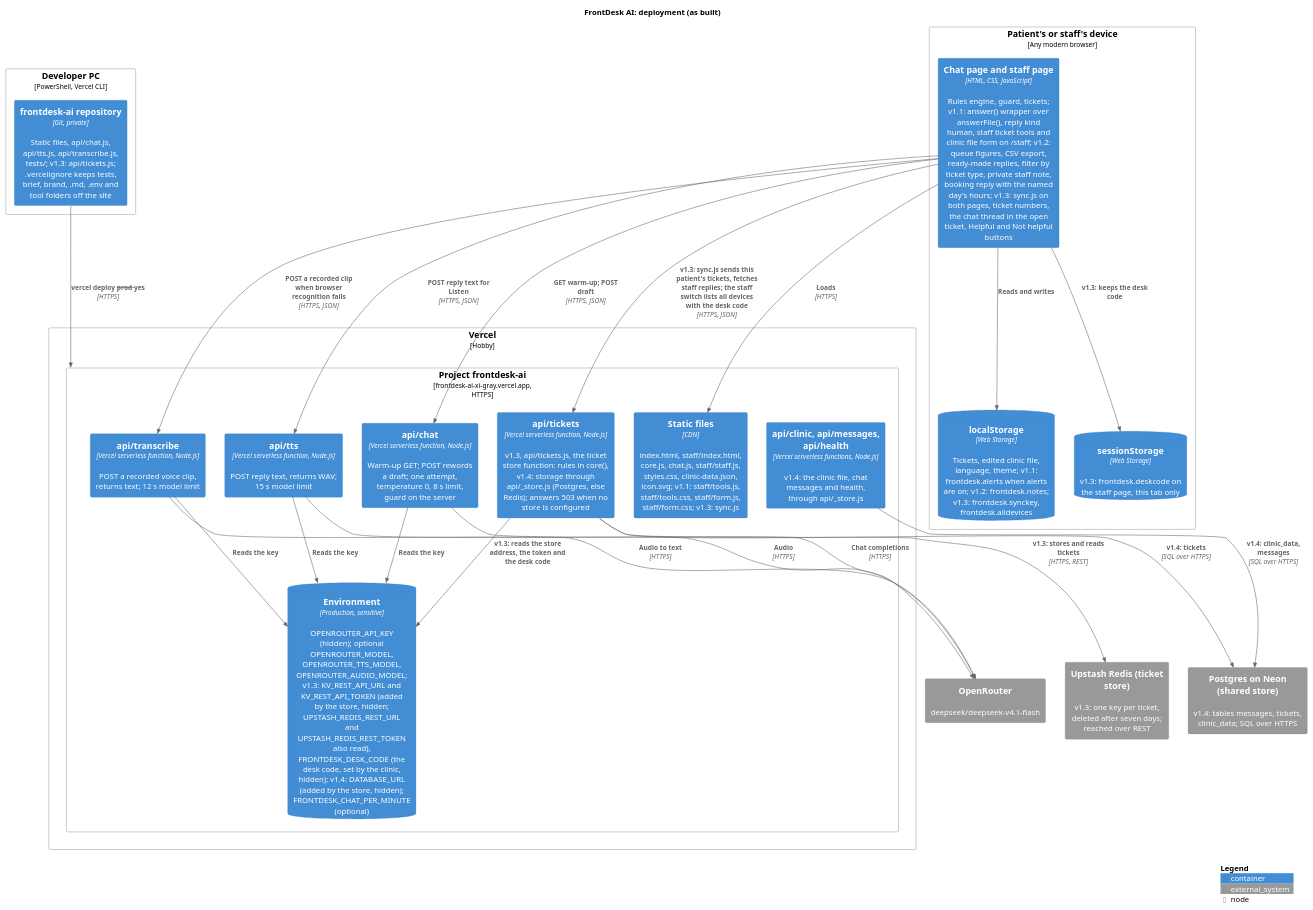
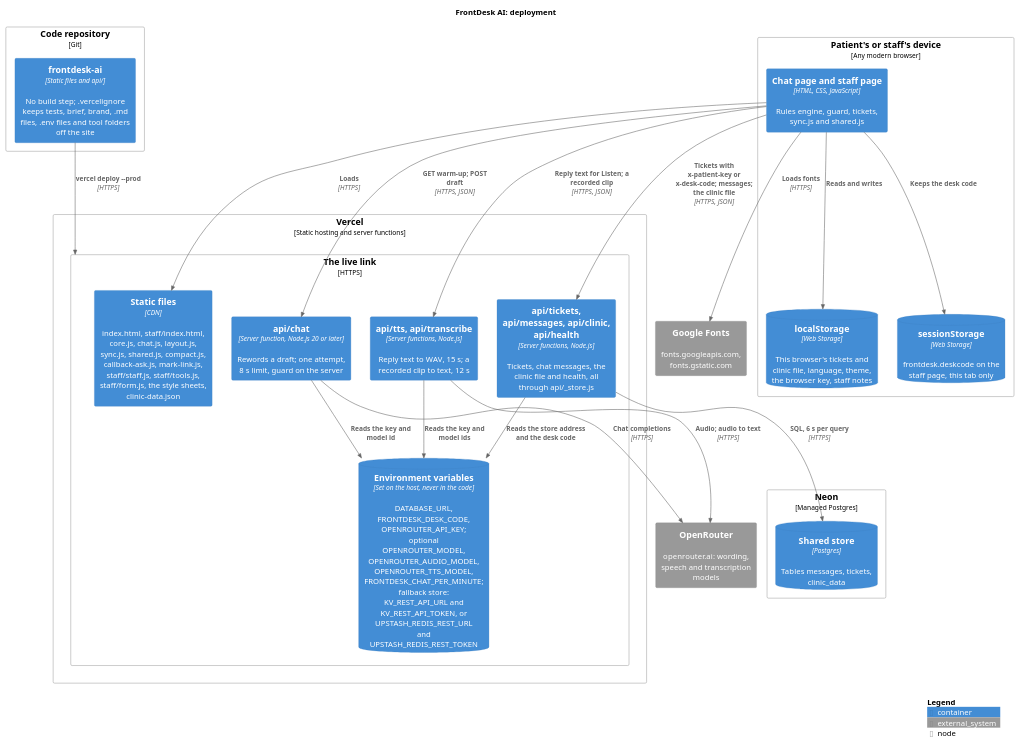
One commit to karwasanjay007/frontdesk-ai-docs changed the diagram in docs/diagrams/deployment.puml. Above: the diagram before and after it, drawn with PlantUML. The commit also changed 63 other files, not shown here.

First line of the commit message:
Documents rewritten as one text about version 1.7.2.0, read from the code

```diff
--- a/docs/diagrams/deployment.puml
+++ b/docs/diagrams/deployment.puml
@@ -1,51 +1,48 @@
 @startuml deployment
 !include <C4/C4_Deployment>
-title FrontDesk AI: deployment (as built)
+title FrontDesk AI: deployment
 
-Deployment_Node(dev, "Developer PC", "PowerShell, Vercel CLI") {
-  Container(src, "frontdesk-ai repository", "Git, private", "Static files, api/chat.js, api/tts.js, api/transcribe.js, tests/; v1.3: api/tickets.js; .vercelignore keeps tests, brief, brand, .md, .env and tool folders off the site")
+Deployment_Node(repo, "Code repository", "Git") {
+  Container(src, "frontdesk-ai", "Static files and api/", "No build step; .vercelignore keeps tests, brief, brand, .md files, .env files and tool folders off the site")
 }
 
-Deployment_Node(vercel, "Vercel", "Hobby") {
-  Deployment_Node(proj, "Project frontdesk-ai", "frontdesk-ai-xi-gray.vercel.app, HTTPS") {
-    Container(static, "Static files", "CDN", "index.html, staff/index.html, core.js, chat.js, staff/staff.js, styles.css, clinic-data.json, icon.svg; v1.1: staff/tools.js, staff/tools.css, staff/form.js, staff/form.css; v1.3: sync.js")
-    Container(fn, "api/chat", "Vercel serverless function, Node.js", "Warm-up GET; POST rewords a draft; one attempt, temperature 0, 8 s limit, guard on the server")
-    Container(tts, "api/tts", "Vercel serverless function, Node.js", "POST reply text, returns WAV; 15 s model limit")
-    Container(transcribe, "api/transcribe", "Vercel serverless function, Node.js", "POST a recorded voice clip, returns text; 12 s model limit")
-    Container(ticketsfn, "api/tickets", "Vercel serverless function, Node.js", "v1.3, api/tickets.js, the ticket store function: rules in core(), v1.4: storage through api/_store.js (Postgres, else Redis); answers 503 when no store is configured")
-    Container(clinicfn, "api/clinic, api/messages, api/health", "Vercel serverless functions, Node.js", "v1.4: the clinic file, chat messages and health, through api/_store.js")
-    ContainerDb(env, "Environment", "Production, sensitive", "OPENROUTER_API_KEY (hidden); optional OPENROUTER_MODEL, OPENROUTER_TTS_MODEL, OPENROUTER_AUDIO_MODEL; v1.3: KV_REST_API_URL and KV_REST_API_TOKEN (added by the store, hidden; UPSTASH_REDIS_REST_URL and UPSTASH_REDIS_REST_TOKEN also read), FRONTDESK_DESK_CODE (the desk code, set by the clinic, hidden); v1.4: DATABASE_URL (added by the store, hidden); FRONTDESK_CHAT_PER_MINUTE (optional)")
+Deployment_Node(vercel, "Vercel", "Static hosting and server functions") {
+  Deployment_Node(proj, "The live link", "HTTPS") {
+    Container(static, "Static files", "CDN", "index.html, staff/index.html, core.js, chat.js, layout.js, sync.js, shared.js, compact.js, callback-ask.js, mark-link.js, staff/staff.js, staff/tools.js, staff/form.js, the style sheets, clinic-data.json")
+    Container(chatfn, "api/chat", "Server function, Node.js 20 or later", "Rewords a draft; one attempt, 8 s limit, guard on the server")
+    Container(voicefn, "api/tts, api/transcribe", "Server functions, Node.js", "Reply text to WAV, 15 s; a recorded clip to text, 12 s")
+    Container(storefn, "api/tickets, api/messages, api/clinic, api/health", "Server functions, Node.js", "Tickets, chat messages, the clinic file and health, all through api/_store.js")
+    ContainerDb(env, "Environment variables", "Set on the host, never in the code", "DATABASE_URL, FRONTDESK_DESK_CODE, OPENROUTER_API_KEY; optional OPENROUTER_MODEL, OPENROUTER_AUDIO_MODEL, OPENROUTER_TTS_MODEL, FRONTDESK_CHAT_PER_MINUTE; fallback store: KV_REST_API_URL and KV_REST_API_TOKEN, or UPSTASH_REDIS_REST_URL and UPSTASH_REDIS_REST_TOKEN")
   }
 }
 
-Deployment_Node(device, "Patient's or staff's device", "Any modern browser") {
-  Container(pages, "Chat page and staff page", "HTML, CSS, JavaScript", "Rules engine, guard, tickets; v1.1: answer() wrapper over answerFile(), reply kind human, staff ticket tools and clinic file form on /staff; v1.2: queue figures, CSV export, ready-made replies, filter by ticket type, private staff note, booking reply with the named day's hours; v1.3: sync.js on both pages, ticket numbers, the chat thread in the open ticket, Helpful and Not helpful buttons")
-  ContainerDb(ls, "localStorage", "Web Storage", "Tickets, edited clinic file, language, theme; v1.1: frontdesk.alerts when alerts are on; v1.2: frontdesk.notes; v1.3: frontdesk.synckey, frontdesk.alldevices")
-  ContainerDb(ss, "sessionStorage", "Web Storage", "v1.3: frontdesk.deskcode on the staff page, this tab only")
+Deployment_Node(neonnode, "Neon", "Managed Postgres") {
+  ContainerDb(neon, "Shared store", "Postgres", "Tables messages, tickets, clinic_data")
 }
 
-System_Ext(openrouter, "OpenRouter", "deepseek/deepseek-v4.1-flash")
-System_Ext(upstash, "Upstash Redis (ticket store)", "v1.3: one key per ticket, deleted after seven days; reached over REST")
+Deployment_Node(device, "Patient's or staff's device", "Any modern browser") {
+  Container(pages, "Chat page and staff page", "HTML, CSS, JavaScript", "Rules engine, guard, tickets, sync.js and shared.js")
+  ContainerDb(ls, "localStorage", "Web Storage", "This browser's tickets and clinic file, language, theme, the browser key, staff notes")
+  ContainerDb(ss, "sessionStorage", "Web Storage", "frontdesk.deskcode on the staff page, this tab only")
+}
 
-Rel(src, proj, "vercel deploy --prod --yes", "HTTPS")
+System_Ext(openrouter, "OpenRouter", "openrouter.ai: wording, speech and transcription models")
+System_Ext(fonts, "Google Fonts", "fonts.googleapis.com, fonts.gstatic.com")
+
+Rel(src, proj, "vercel deploy --prod", "HTTPS")
 Rel(pages, static, "Loads", "HTTPS")
-Rel(pages, fn, "GET warm-up; POST draft", "HTTPS, JSON")
-Rel(pages, tts, "POST reply text for Listen", "HTTPS, JSON")
-Rel(tts, env, "Reads the key")
-Rel(tts, openrouter, "Audio", "HTTPS")
-Rel(pages, transcribe, "POST a recorded clip when browser recognition fails", "HTTPS, JSON")
-Rel(transcribe, env, "Reads the key")
-Rel(transcribe, openrouter, "Audio to text", "HTTPS")
-Rel(fn, env, "Reads the key")
-Rel(fn, openrouter, "Chat completions", "HTTPS")
+Rel(pages, fonts, "Loads fonts", "HTTPS")
+Rel(pages, chatfn, "GET warm-up; POST draft", "HTTPS, JSON")
+Rel(pages, voicefn, "Reply text for Listen; a recorded clip", "HTTPS, JSON")
+Rel(pages, storefn, "Tickets with x-patient-key or x-desk-code; messages; the clinic file", "HTTPS, JSON")
 Rel(pages, ls, "Reads and writes")
-Rel(pages, ss, "v1.3: keeps the desk code")
-Rel(pages, ticketsfn, "v1.3: sync.js sends this patient's tickets, fetches staff replies; the staff switch lists all devices with the desk code", "HTTPS, JSON")
-Rel(ticketsfn, env, "v1.3: reads the store address, the token and the desk code")
-Rel(ticketsfn, upstash, "v1.3: stores and reads tickets", "HTTPS, REST")
+Rel(pages, ss, "Keeps the desk code")
+Rel(chatfn, env, "Reads the key and model id")
+Rel(voicefn, env, "Reads the key and model ids")
+Rel(storefn, env, "Reads the store address and the desk code")
+Rel(chatfn, openrouter, "Chat completions", "HTTPS")
+Rel(voicefn, openrouter, "Audio; audio to text", "HTTPS")
+Rel(storefn, neon, "SQL, 6 s per query", "HTTPS")
 
 SHOW_LEGEND()
-System_Ext(neon, "Postgres on Neon (shared store)", "v1.4: tables messages, tickets, clinic_data; SQL over HTTPS")
-Rel(ticketsfn, neon, "v1.4: tickets", "SQL over HTTPS")
-Rel(clinicfn, neon, "v1.4: clinic_data, messages", "SQL over HTTPS")
 @enduml
```
